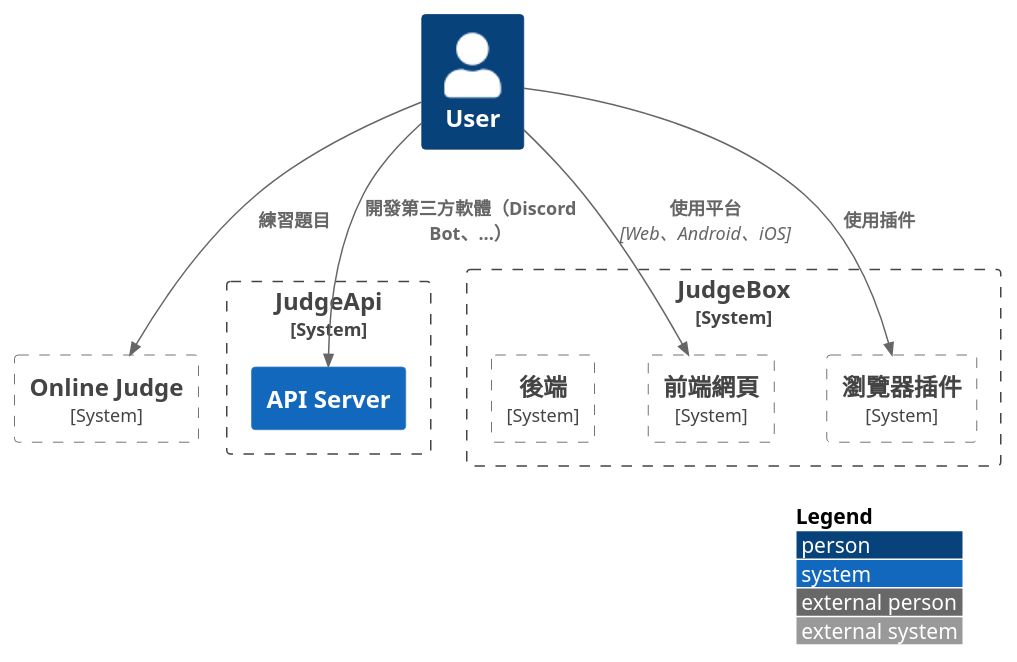
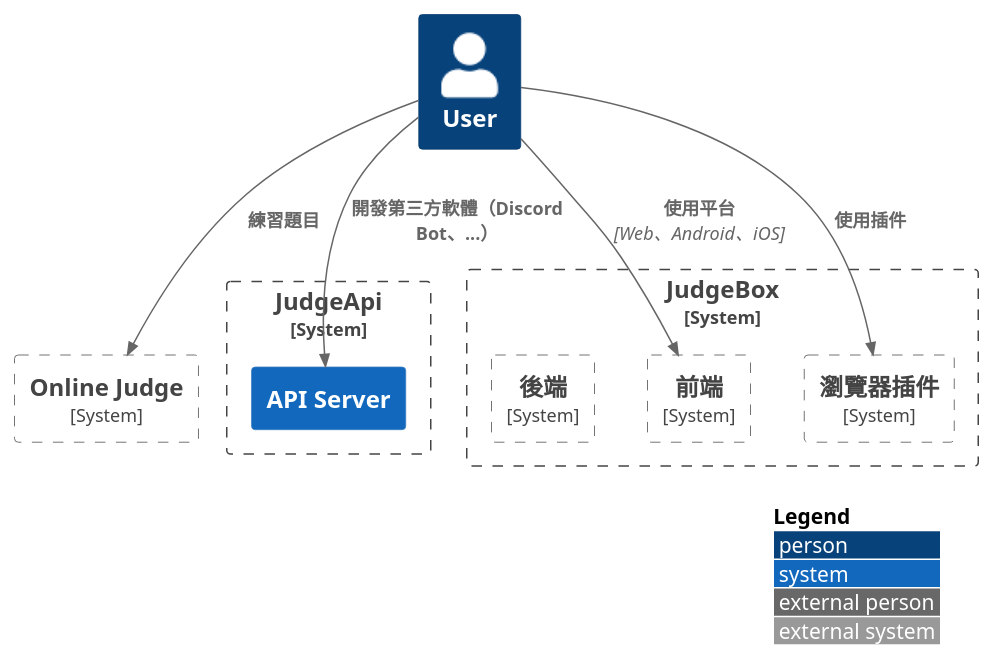
Before and after one commit to JudgeBox/Architechure: the diagram in Context.puml, drawn with PlantUML. The commit also changed 2 other files, not shown here.

```diff
--- a/Context.puml
+++ b/Context.puml
@@ -1,30 +1,30 @@
 @startuml "Context"
+' skinparam defaultFontName ttf-wqy-zenhei
 skinparam defaultFontName Arial
-' skinparam defaultFontName ttf-wqy-zenhei
 
 !include ./C4-PlantUML/C4_Context.puml
 
 LAYOUT_WITH_LEGEND()
 
 
 System_Boundary(JudgeApi, "JudgeApi") {
     System(ApiServer, "API Server")
 }
 
 System_Boundary(JudgeBox, "JudgeBox") {
-    System_Boundary(Frontend, "前端網頁")
+    System_Boundary(Frontend, "前端")
     System_Boundary(Extension, "瀏覽器插件")
     System_Boundary(Backend, "後端")
 }
 
 System_Boundary(Judge, "Online Judge") {
 }
 
 
 Person(user, "User")
 Rel_D(user, Extension, "使用插件")
 Rel_D(user, Frontend, "使用平台", "Web、Android、iOS")
 Rel_D(user, ApiServer, "開發第三方軟體（Discord Bot、...）")
 Rel_D(user, Judge, "練習題目")
 
 @enduml
```
